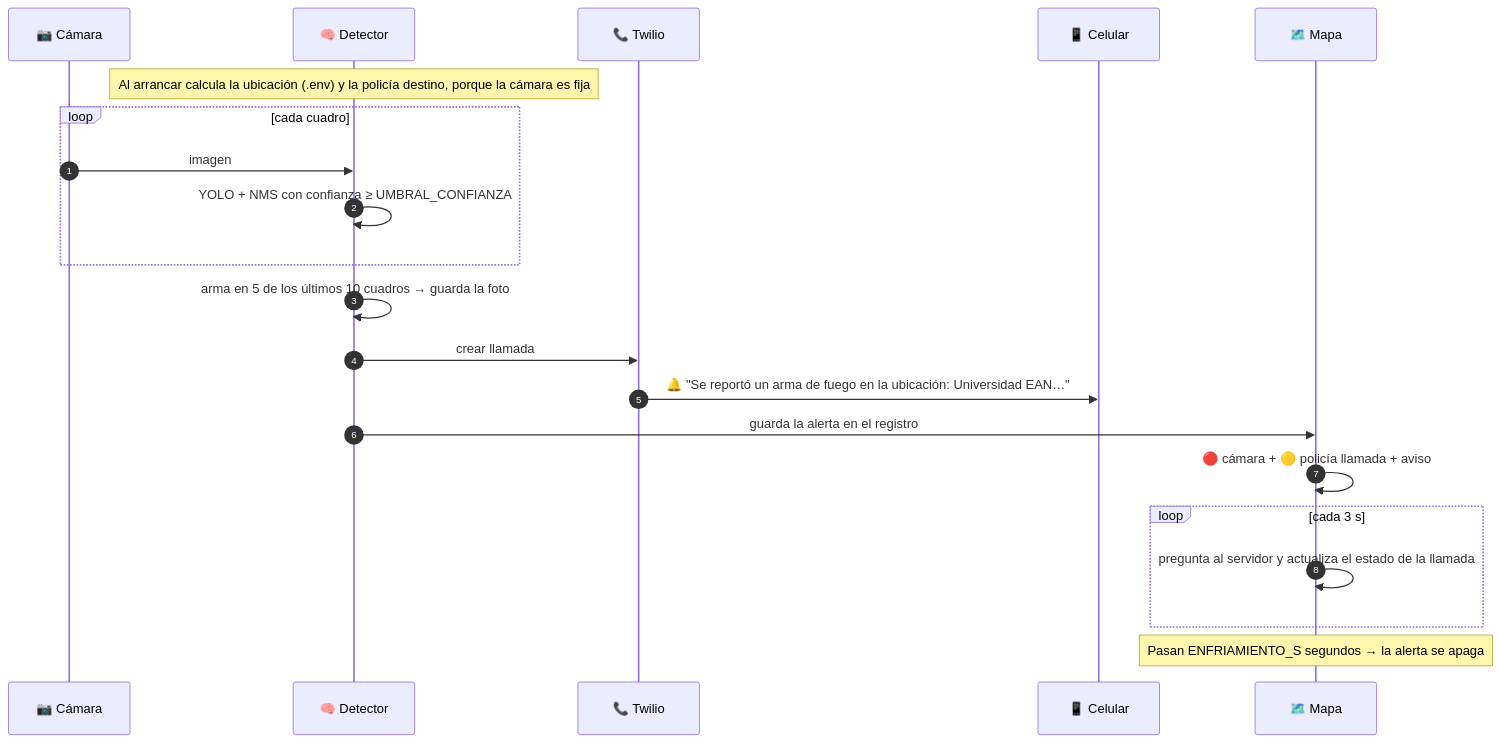
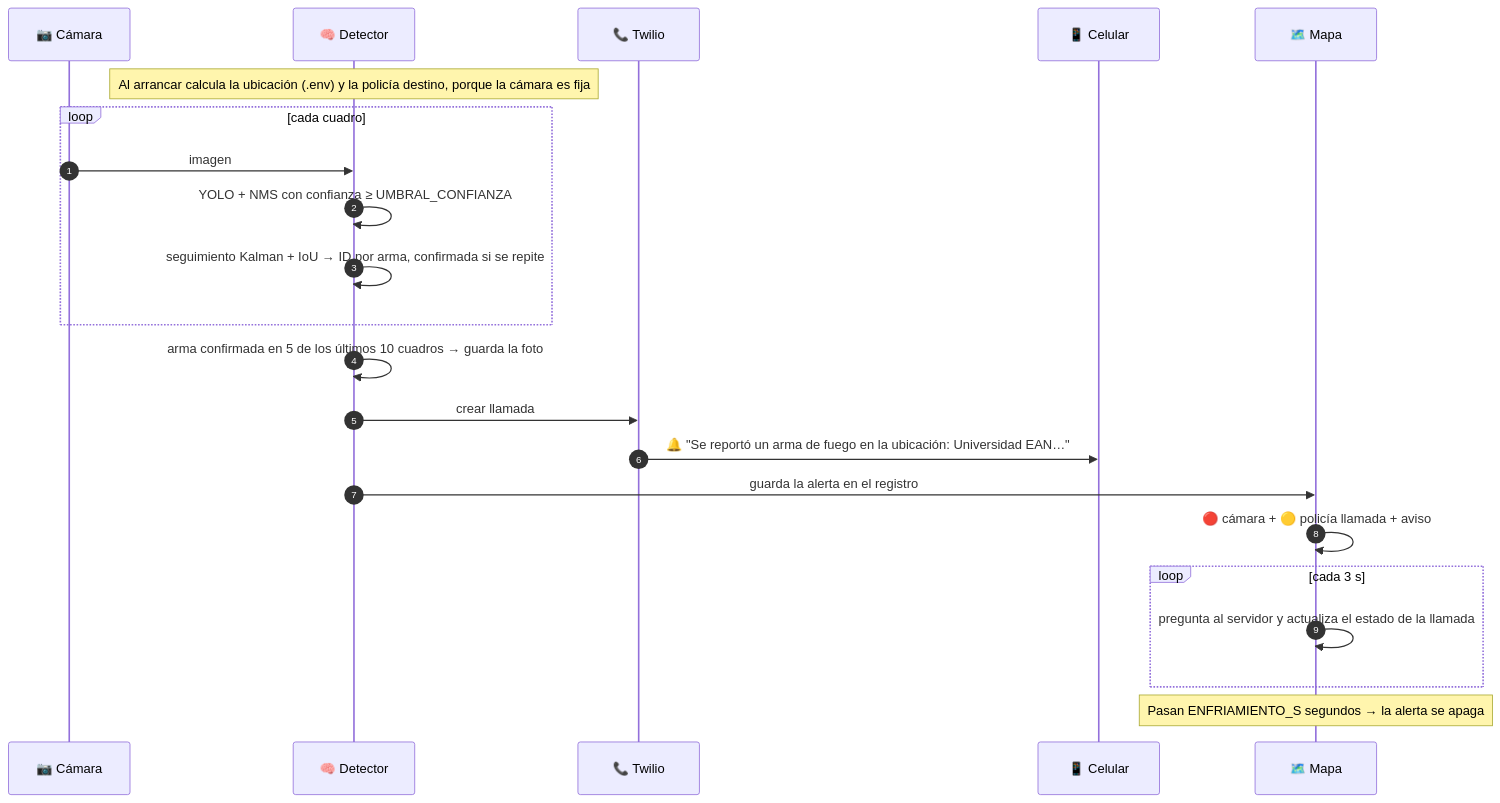
Before and after one commit to Armando-INC/Armando: the second of 5 diagrams in README.md, drawn with Mermaid. The commit also changed other lines of this file and 2 other files, not shown here.

Commit message:
script de seguimiento

````diff
--- a/README.md
+++ b/README.md
@@ -60,23 +61,24 @@
 ```mermaid
 sequenceDiagram
     autonumber
     participant C as 📷 Cámara
     participant D as 🧠 Detector
     participant T as 📞 Twilio
     participant U as 📱 Celular
     participant M as 🗺️ Mapa
     Note over D: Al arrancar calcula la ubicación (.env) y la policía destino, porque la cámara es fija
     loop cada cuadro
         C->>D: imagen
         D->>D: YOLO + NMS con confianza ≥ UMBRAL_CONFIANZA
+        D->>D: seguimiento Kalman + IoU → ID por arma, confirmada si se repite
     end
-    D->>D: arma en 5 de los últimos 10 cuadros → guarda la foto
+    D->>D: arma confirmada en 5 de los últimos 10 cuadros → guarda la foto
     D->>T: crear llamada
     T->>U: 🔔 "Se reportó un arma de fuego en la ubicación: Universidad EAN…"
     D->>M: guarda la alerta en el registro
     M->>M: 🔴 cámara + 🟡 policía llamada + aviso
     loop cada 3 s
         M->>M: pregunta al servidor y actualiza el estado de la llamada
     end
     Note over M: Pasan ENFRIAMIENTO_S segundos → la alerta se apaga
 ```
````
